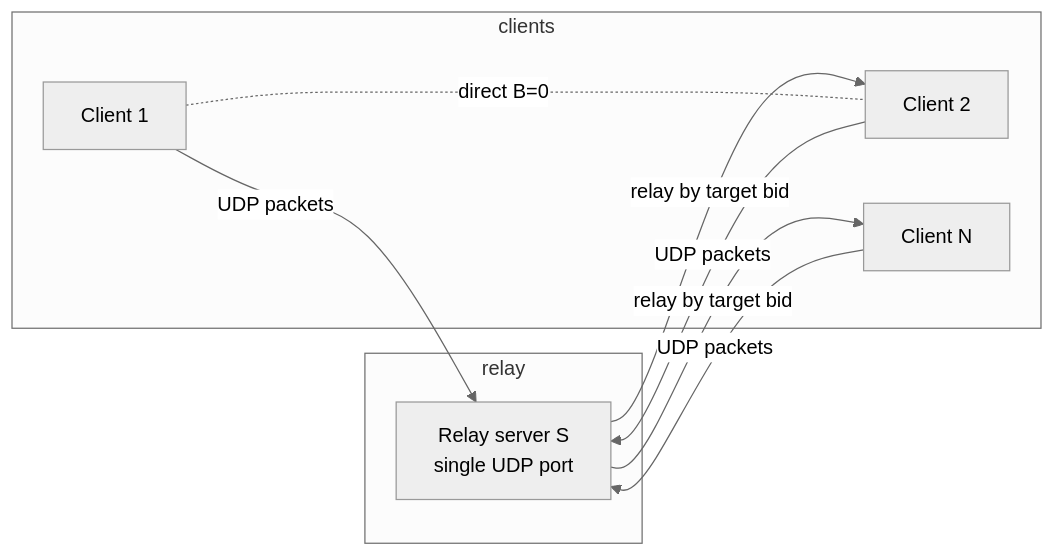
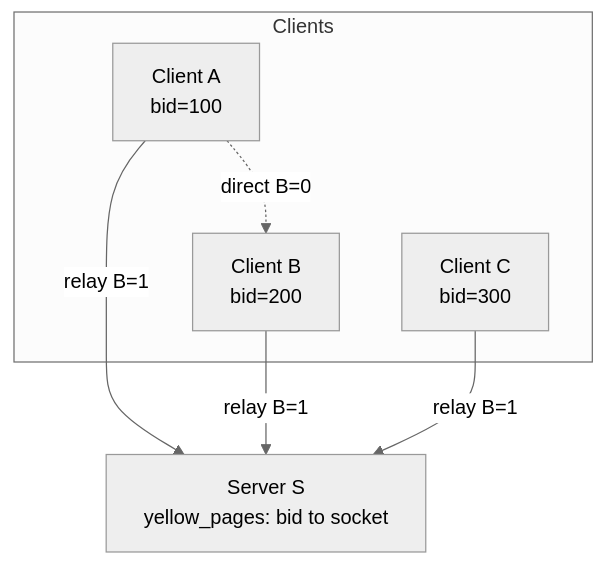
One commit to moky/magpie-bridge changed the first of 4 diagrams in docs/design-architecture.md. Above: the diagram before and after it, drawn with Mermaid (neutral theme). The commit also changed other lines of this file and 9 other files, not shown here.

````diff
--- a/docs/design-architecture.md
+++ b/docs/design-architecture.md
@@ -7,17 +7,13 @@
 ```mermaid
-flowchart LR
-    subgraph clients
-        C1[Client 1]
-        C2[Client 2]
-        C3[Client N]
+flowchart TD
+    subgraph Clients
+        A["Client A<br/>bid=100"]
+        B["Client B<br/>bid=200"]
+        C["Client C<br/>bid=300"]
     end
-    subgraph relay
-        S[Relay server S<br/>single UDP port]
-    end
-    C1 -->|"UDP packets"| S
-    C2 -->|"UDP packets"| S
-    C3 -->|"UDP packets"| S
-    S -->|"relay by target bid"| C2
-    S -->|"relay by target bid"| C3
-    C1 -. direct B=0 .- C2
+    A -.->|"direct B=0"| B
+    A -->|"relay B=1"| S
+    B -->|"relay B=1"| S
+    C -->|"relay B=1"| S
+    S["Server S<br/>yellow_pages: bid to socket"]
 ```
````
